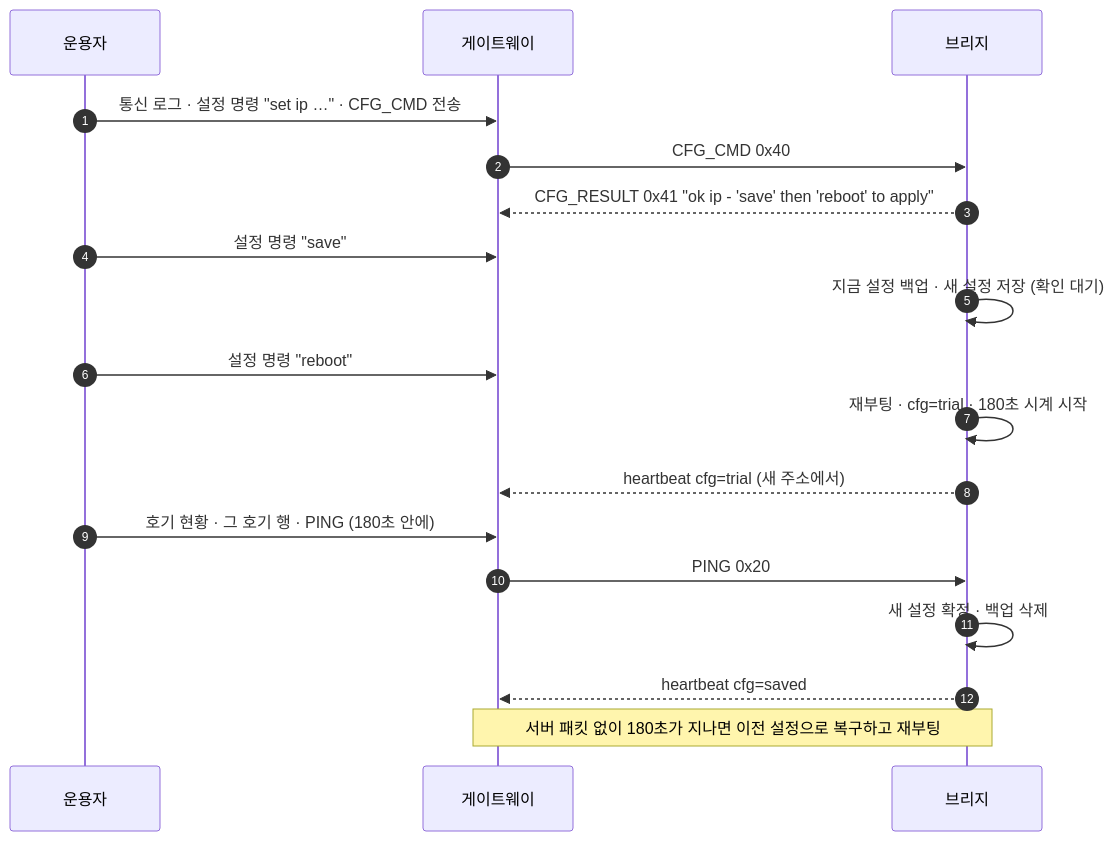
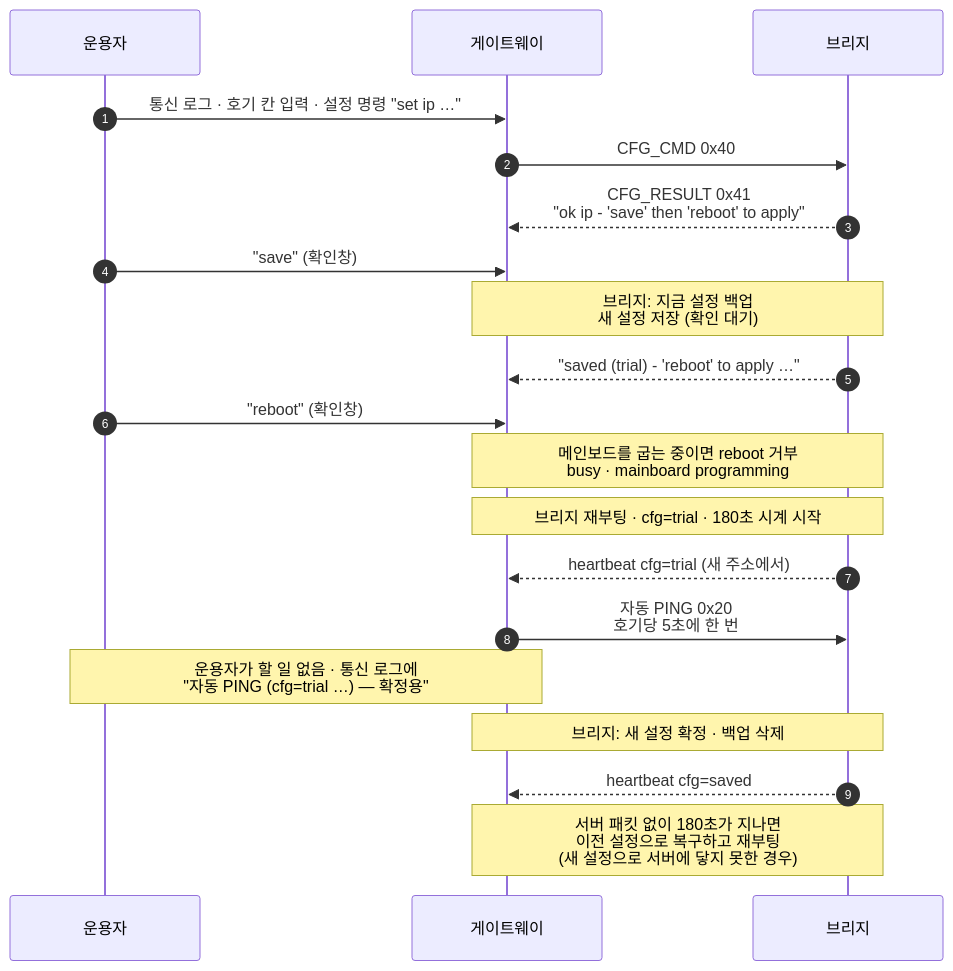
One commit to Leepy0/AGV_Wifi_Bridge changed the diagram in docs/diagrams/remote-cfg-trial.mmd. Above: the diagram before and after it, drawn with Mermaid. The commit also changed 10 other files, not shown here.

```diff
--- a/docs/diagrams/remote-cfg-trial.mmd
+++ b/docs/diagrams/remote-cfg-trial.mmd
@@ -1,18 +1,21 @@
+%%{init: {"sequence": {"mirrorActors": true, "width": 190, "actorMargin": 70}}}%%
 sequenceDiagram
   autonumber
   participant OP as 운용자
   participant GW as 게이트웨이
   participant ESP as 브리지
-  OP->>GW: 통신 로그 · 설정 명령 "set ip …" · CFG_CMD 전송
+  OP->>GW: 통신 로그 · 호기 칸 입력 · 설정 명령 "set ip …"
   GW->>ESP: CFG_CMD 0x40
-  ESP-->>GW: CFG_RESULT 0x41 "ok ip - 'save' then 'reboot' to apply"
-  OP->>GW: 설정 명령 "save"
-  ESP->>ESP: 지금 설정 백업 · 새 설정 저장 (확인 대기)
-  OP->>GW: 설정 명령 "reboot"
-  ESP->>ESP: 재부팅 · cfg=trial · 180초 시계 시작
+  ESP-->>GW: CFG_RESULT 0x41<br/>"ok ip - 'save' then 'reboot' to apply"
+  OP->>GW: "save" (확인창)
+  Note over GW,ESP: 브리지: 지금 설정 백업<br/>새 설정 저장 (확인 대기)
+  ESP-->>GW: "saved (trial) - 'reboot' to apply …"
+  OP->>GW: "reboot" (확인창)
+  Note over GW,ESP: 메인보드를 굽는 중이면 reboot 거부<br/>busy · mainboard programming
+  Note over GW,ESP: 브리지 재부팅 · cfg=trial · 180초 시계 시작
   ESP-->>GW: heartbeat cfg=trial (새 주소에서)
-  OP->>GW: 호기 현황 · 그 호기 행 · PING (180초 안에)
-  GW->>ESP: PING 0x20
-  ESP->>ESP: 새 설정 확정 · 백업 삭제
+  GW->>ESP: 자동 PING 0x20<br/>호기당 5초에 한 번
+  Note over OP,GW: 운용자가 할 일 없음 · 통신 로그에<br/>"자동 PING (cfg=trial …) — 확정용"
+  Note over GW,ESP: 브리지: 새 설정 확정 · 백업 삭제
   ESP-->>GW: heartbeat cfg=saved
-  Note over GW,ESP: 서버 패킷 없이 180초가 지나면 이전 설정으로 복구하고 재부팅
+  Note over GW,ESP: 서버 패킷 없이 180초가 지나면<br/>이전 설정으로 복구하고 재부팅<br/>(새 설정으로 서버에 닿지 못한 경우)
```
